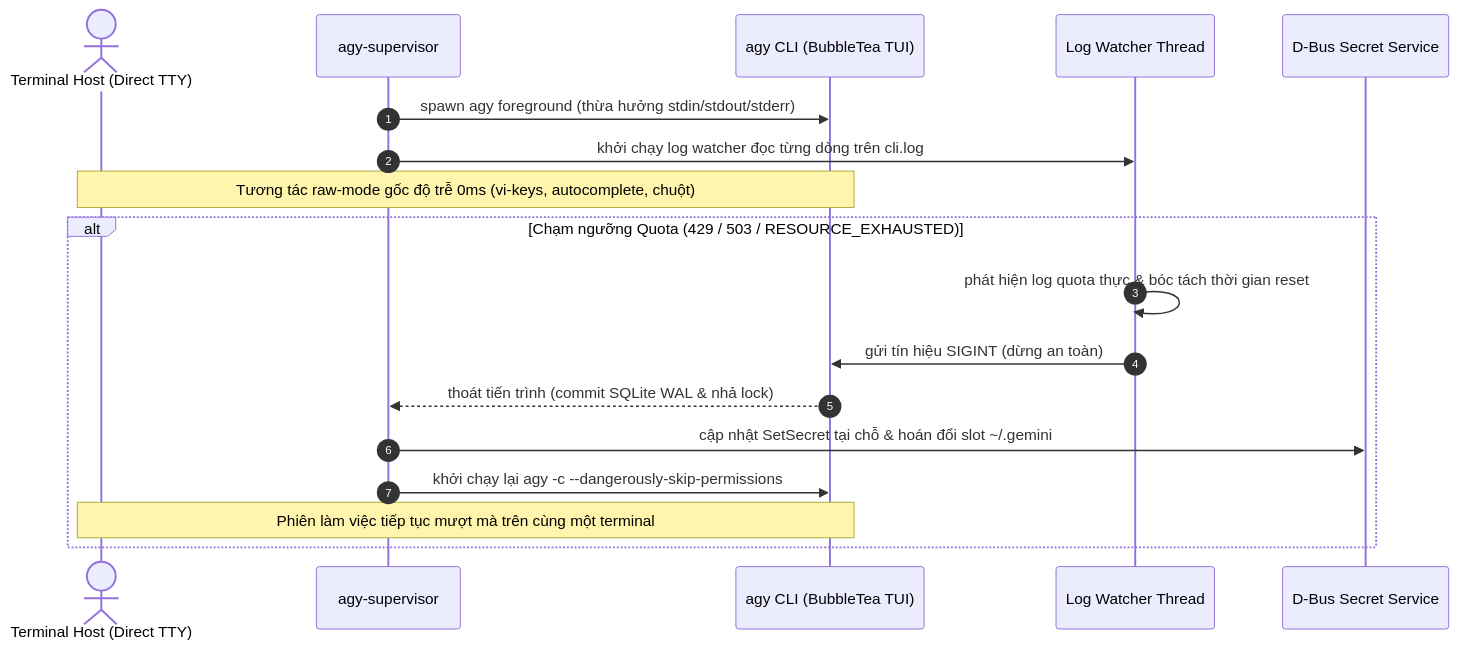
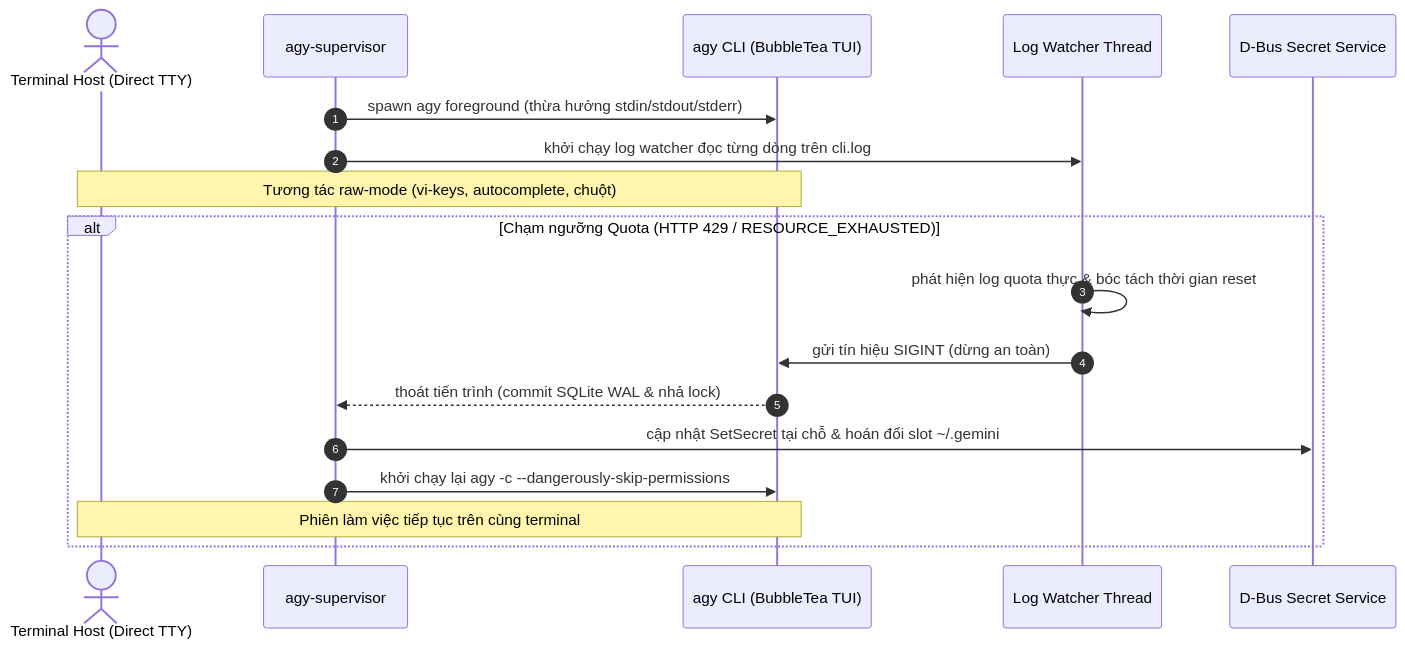
The diagram in README.md (Tc3s/Gr33d-4gy), drawn with Mermaid before and after one commit. The commit also changed other lines of this file and 44 other files, not shown here.

````diff
--- a/README.md
+++ b/README.md
@@ -11,22 +11,22 @@
 ```mermaid
 sequenceDiagram
     autonumber
     actor User as Terminal Host (Direct TTY)
     participant Supervisor as agy-supervisor
     participant agy as agy CLI (BubbleTea TUI)
     participant Watcher as Log Watcher Thread
     participant Keyring as D-Bus Secret Service
 
     Supervisor->>agy: spawn agy foreground (thừa hưởng stdin/stdout/stderr)
     Supervisor->>Watcher: khởi chạy log watcher đọc từng dòng trên cli.log
-    Note over User,agy: Tương tác raw-mode gốc độ trễ 0ms (vi-keys, autocomplete, chuột)
+    Note over User,agy: Tương tác raw-mode (vi-keys, autocomplete, chuột)
 
-    alt Chạm ngưỡng Quota (429 / 503 / RESOURCE_EXHAUSTED)
+    alt Chạm ngưỡng Quota (HTTP 429 / RESOURCE_EXHAUSTED)
         Watcher->>Watcher: phát hiện log quota thực & bóc tách thời gian reset
         Watcher->>agy: gửi tín hiệu SIGINT (dừng an toàn)
         agy-->>Supervisor: thoát tiến trình (commit SQLite WAL & nhả lock)
         Supervisor->>Keyring: cập nhật SetSecret tại chỗ & hoán đổi slot ~/.gemini
         Supervisor->>agy: khởi chạy lại agy -c --dangerously-skip-permissions
-        Note over User,agy: Phiên làm việc tiếp tục mượt mà trên cùng một terminal
+        Note over User,agy: Phiên làm việc tiếp tục trên cùng terminal
     end
 ```
````
